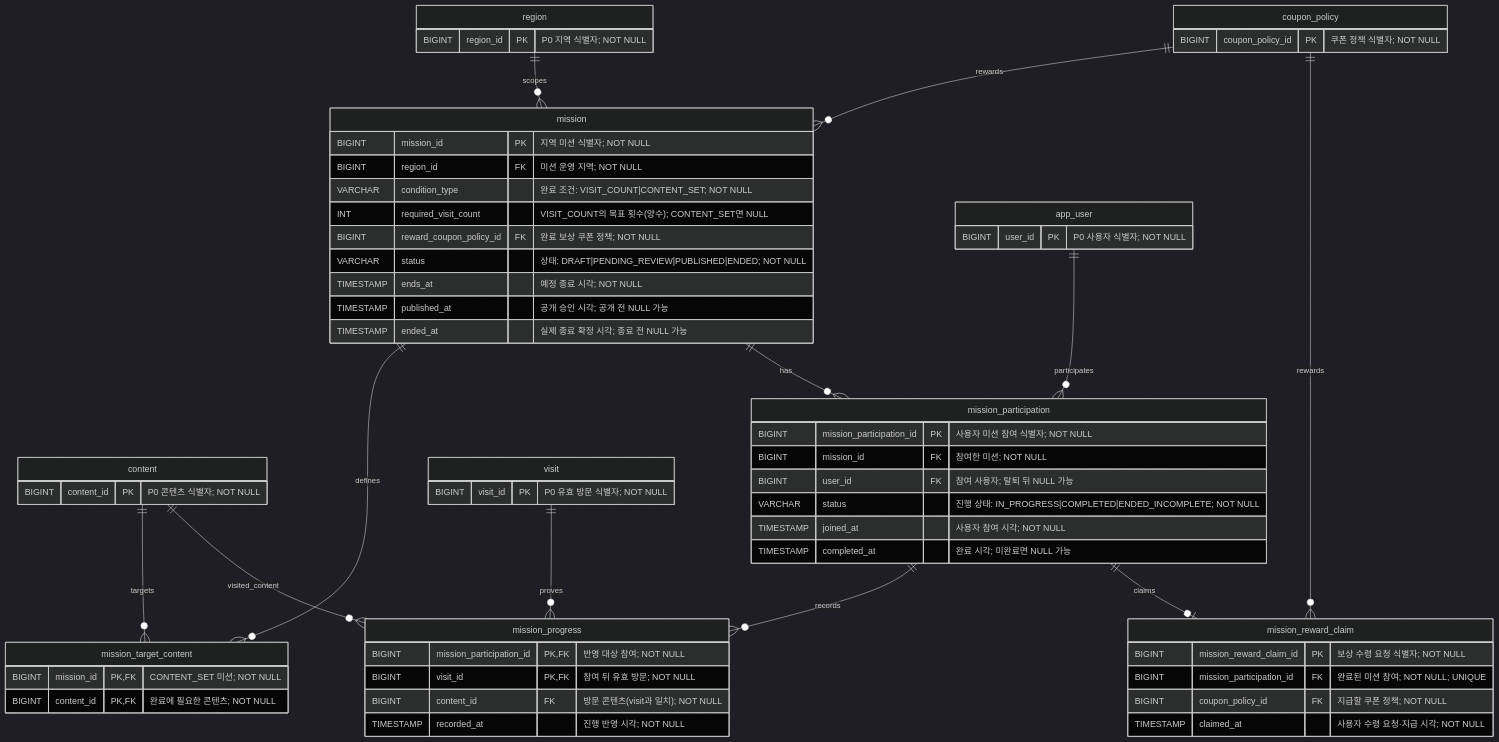
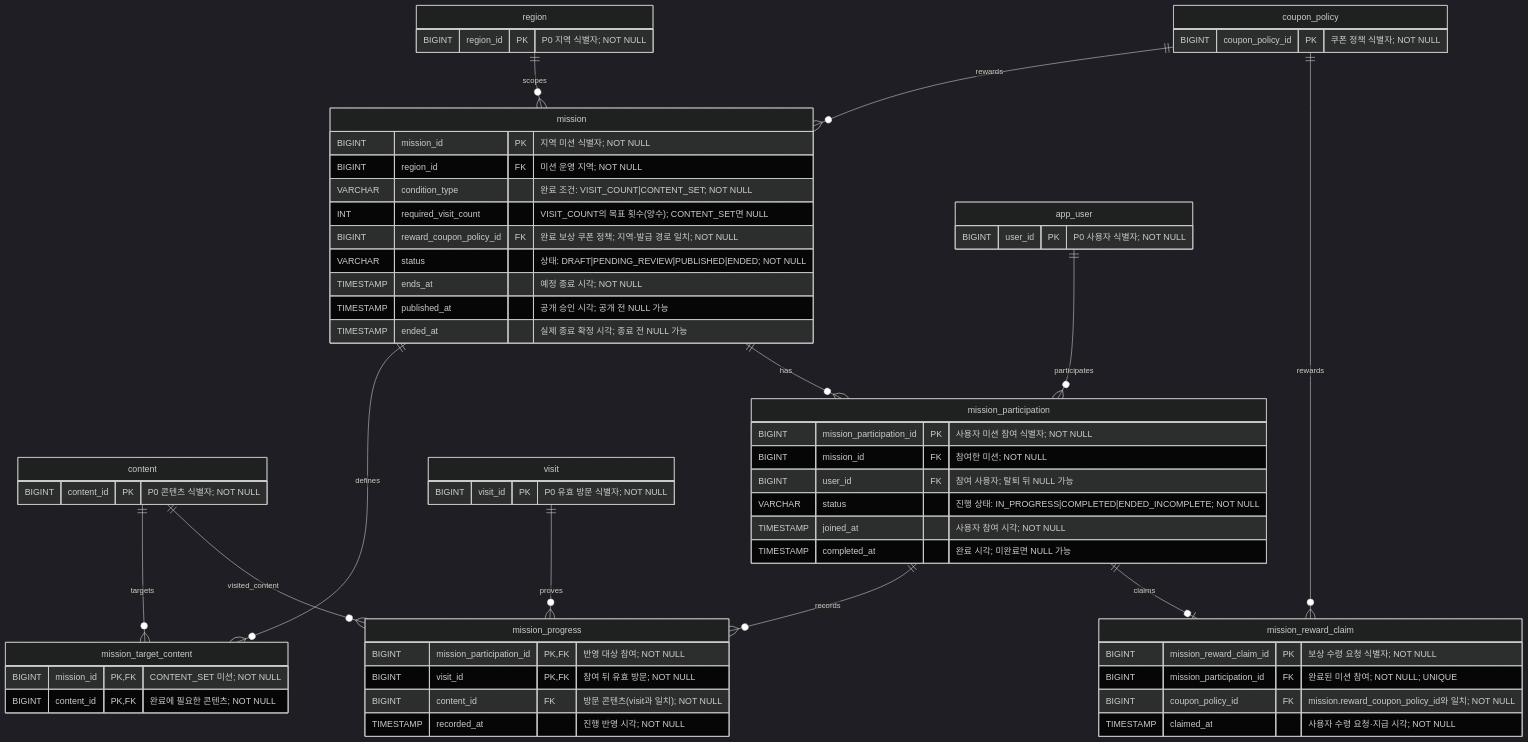
Before and after one commit to Gimhae-Yay/Regional-Event-Platform-Backend: the third of 5 diagrams in docs/p1-erd.md, drawn with Mermaid (dark theme). The commit also changed other lines of this file and 6 other files, not shown here.

````diff
--- a/docs/p1-erd.md
+++ b/docs/p1-erd.md
@@ -153,65 +153,65 @@
 ```mermaid
 erDiagram
     region ||--o{ mission : scopes
     coupon_policy ||--o{ mission : rewards
     mission ||--o{ mission_target_content : defines
     content ||--o{ mission_target_content : targets
     mission ||--o{ mission_participation : has
     app_user ||--o{ mission_participation : participates
     mission_participation ||--o{ mission_progress : records
     content ||--o{ mission_progress : visited_content
     visit ||--o{ mission_progress : proves
     mission_participation ||--o| mission_reward_claim : claims
     coupon_policy ||--o{ mission_reward_claim : rewards
 
     app_user {
         BIGINT user_id PK "P0 사용자 식별자; NOT NULL"
     }
     region {
         BIGINT region_id PK "P0 지역 식별자; NOT NULL"
     }
     content {
         BIGINT content_id PK "P0 콘텐츠 식별자; NOT NULL"
     }
     visit {
         BIGINT visit_id PK "P0 유효 방문 식별자; NOT NULL"
     }
     coupon_policy {
         BIGINT coupon_policy_id PK "쿠폰 정책 식별자; NOT NULL"
     }
     mission {
         BIGINT mission_id PK "지역 미션 식별자; NOT NULL"
         BIGINT region_id FK "미션 운영 지역; NOT NULL"
         VARCHAR condition_type "완료 조건: VISIT_COUNT|CONTENT_SET; NOT NULL"
         INT required_visit_count "VISIT_COUNT의 목표 횟수(양수); CONTENT_SET면 NULL"
-        BIGINT reward_coupon_policy_id FK "완료 보상 쿠폰 정책; NOT NULL"
+        BIGINT reward_coupon_policy_id FK "완료 보상 쿠폰 정책; 지역·발급 경로 일치; NOT NULL"
         VARCHAR status "상태: DRAFT|PENDING_REVIEW|PUBLISHED|ENDED; NOT NULL"
         TIMESTAMP ends_at "예정 종료 시각; NOT NULL"
         TIMESTAMP published_at "공개 승인 시각; 공개 전 NULL 가능"
         TIMESTAMP ended_at "실제 종료 확정 시각; 종료 전 NULL 가능"
     }
     mission_target_content {
         BIGINT mission_id PK, FK "CONTENT_SET 미션; NOT NULL"
         BIGINT content_id PK, FK "완료에 필요한 콘텐츠; NOT NULL"
     }
     mission_participation {
         BIGINT mission_participation_id PK "사용자 미션 참여 식별자; NOT NULL"
         BIGINT mission_id FK "참여한 미션; NOT NULL"
         BIGINT user_id FK "참여 사용자; 탈퇴 뒤 NULL 가능"
         VARCHAR status "진행 상태: IN_PROGRESS|COMPLETED|ENDED_INCOMPLETE; NOT NULL"
         TIMESTAMP joined_at "사용자 참여 시각; NOT NULL"
         TIMESTAMP completed_at "완료 시각; 미완료면 NULL 가능"
     }
     mission_progress {
         BIGINT mission_participation_id PK, FK "반영 대상 참여; NOT NULL"
         BIGINT visit_id PK, FK "참여 뒤 유효 방문; NOT NULL"
         BIGINT content_id FK "방문 콘텐츠(visit과 일치); NOT NULL"
         TIMESTAMP recorded_at "진행 반영 시각; NOT NULL"
     }
     mission_reward_claim {
         BIGINT mission_reward_claim_id PK "보상 수령 요청 식별자; NOT NULL"
         BIGINT mission_participation_id FK "완료된 미션 참여; NOT NULL; UNIQUE"
-        BIGINT coupon_policy_id FK "지급할 쿠폰 정책; NOT NULL"
+        BIGINT coupon_policy_id FK "mission.reward_coupon_policy_id와 일치; NOT NULL"
         TIMESTAMP claimed_at "사용자 수령 요청·지급 시각; NOT NULL"
     }
 ```
````
